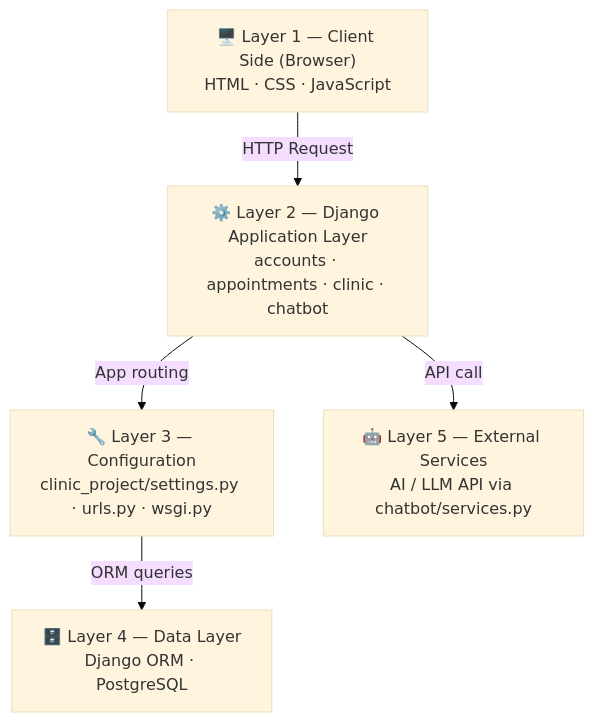
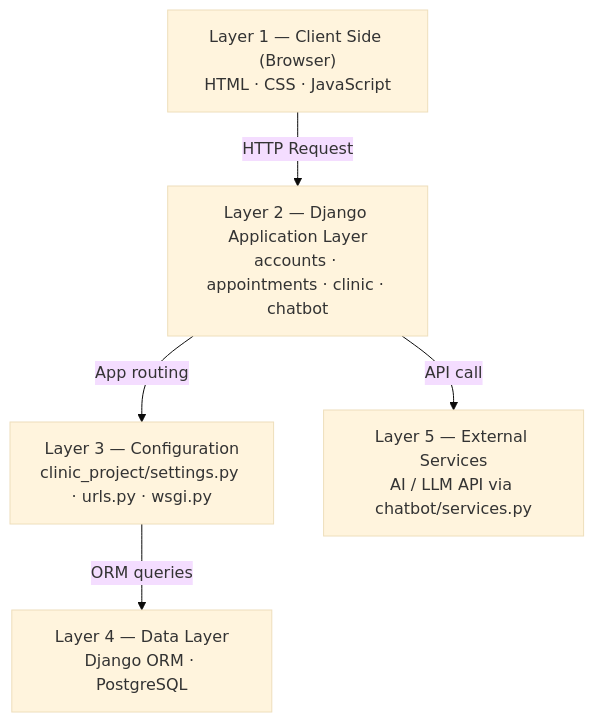
Before and after one commit to khairat1/clinic-reservation-system: the sixth of 13 diagrams in ARCHITECTURE.md, drawn with Mermaid (base theme). The commit also changed other lines of this file, not shown here.

````diff
--- a/ARCHITECTURE.md
+++ b/ARCHITECTURE.md
@@ -435,13 +435,13 @@
 ```mermaid
 graph TD
-    A["🖥️ Layer 1 — Client Side (Browser)\nHTML · CSS · JavaScript"]
-    B["⚙️ Layer 2 — Django Application Layer\naccounts · appointments · clinic · chatbot"]
-    C["🔧 Layer 3 — Configuration\nclinic_project/settings.py · urls.py · wsgi.py"]
-    D["🗄️ Layer 4 — Data Layer\nDjango ORM · PostgreSQL"]
-    E["🤖 Layer 5 — External Services\nAI / LLM API via chatbot/services.py"]
+    A[" Layer 1 — Client Side (Browser)\nHTML · CSS · JavaScript"]
+    B[" Layer 2 — Django Application Layer\naccounts · appointments · clinic · chatbot"]
+    C[" Layer 3 — Configuration\nclinic_project/settings.py · urls.py · wsgi.py"]
+    D[" Layer 4 — Data Layer\nDjango ORM · PostgreSQL"]
+    E[" Layer 5 — External Services\nAI / LLM API via chatbot/services.py"]
 
     A -->|HTTP Request| B
     B -->|App routing| C
     C -->|ORM queries| D
     B -->|API call| E
 ```
````
